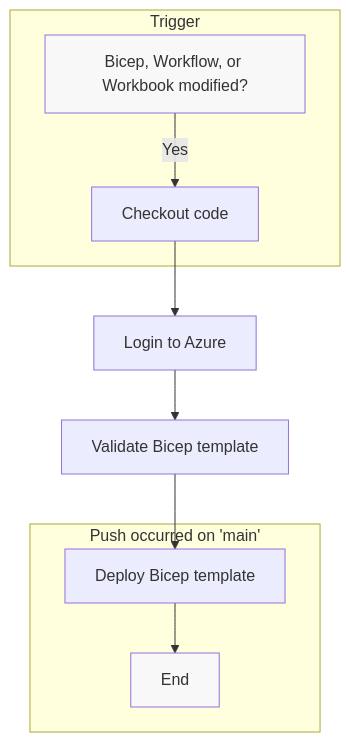
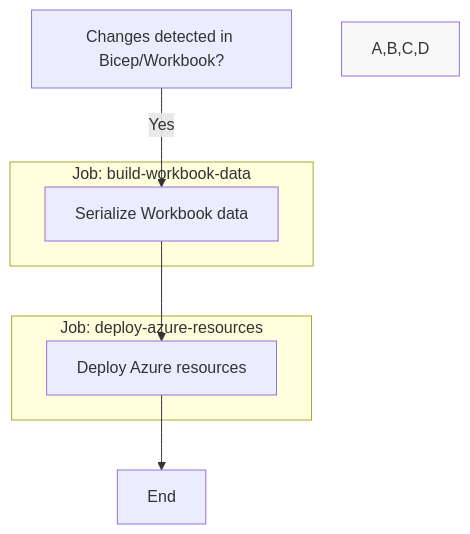
Before and after one commit to bartvdbraak/azure-audit-workbooks: the diagram in README.md, drawn with Mermaid.

Commit message:
Revamped the mermaid diagram for Workflow

````diff
--- a/README.md
+++ b/README.md
@@ -34,19 +34,16 @@
 ```mermaid
 graph TD;
-    A[Bicep, Workflow, or Workbook modified?] -->|Yes| B[Checkout code];
-    B --> C[Login to Azure];
-    C --> D[Validate Bicep template];
-    D --> E[Deploy Bicep template];
-    F[End];
+    A[Changes detected in Bicep/Workbook?] -->|Yes| B[Serialize Workbook data];
+    B --> C[Deploy Azure resources];
+    C --> D[End];
 
-    subgraph "Trigger"
-    B & A
+    subgraph "Job: build-workbook-data"
+    B
     end
 
-    subgraph "Push occurred on 'main'"
-    E --> F
+    subgraph "Job: deploy-azure-resources"
+    C
     end
 
-    style A fill:#F8F8F8;
-    style F fill:#F8F8F8;
+    style A,B,C,D fill:#F8F8F8;
 ```
````
